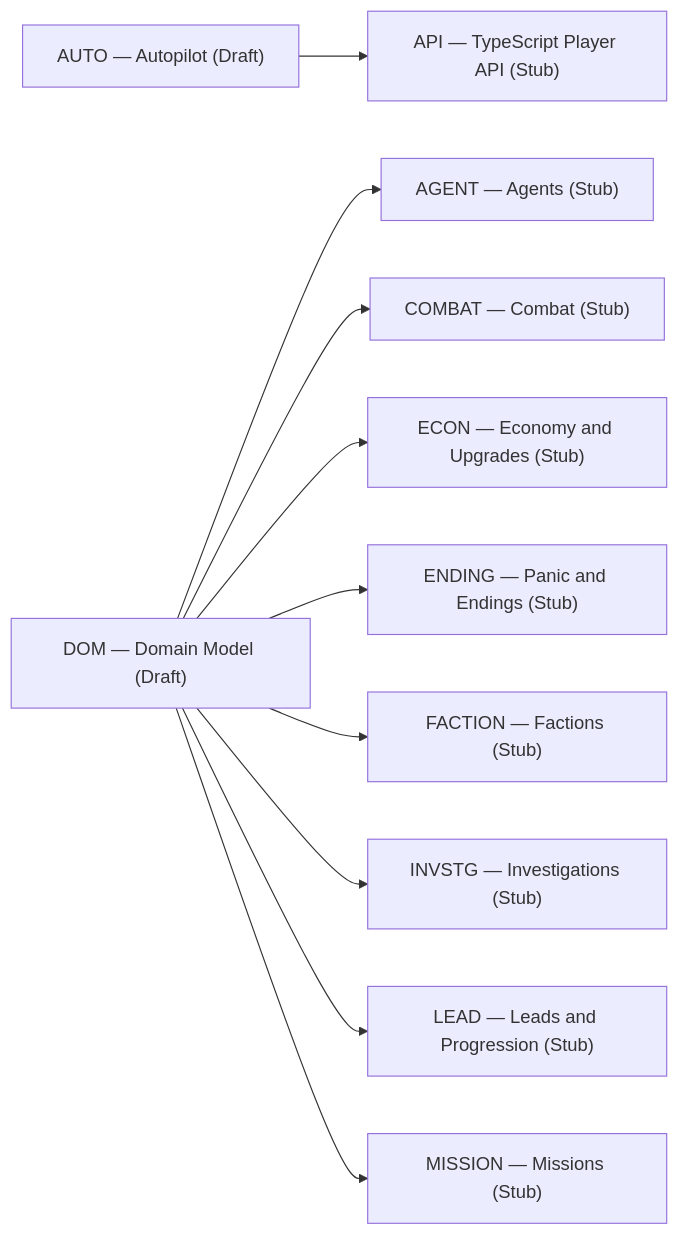
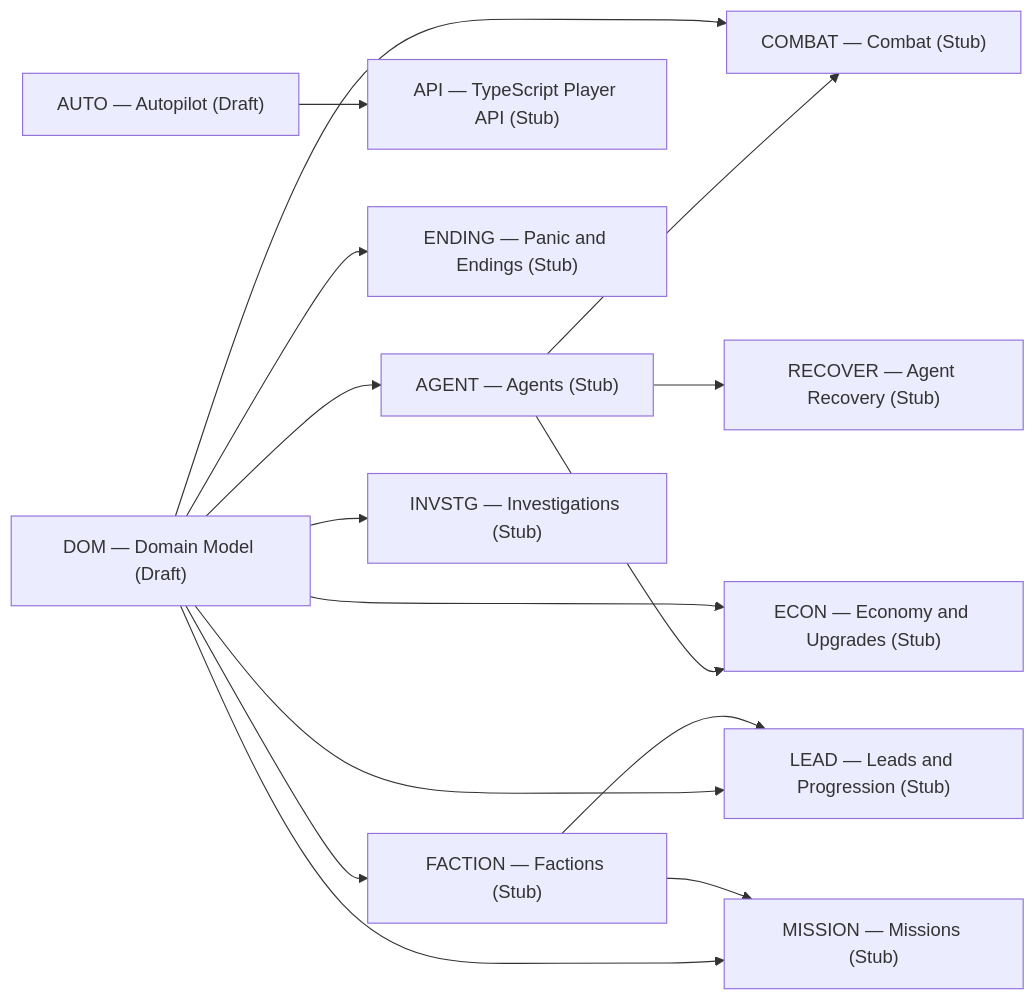
The first of 2 diagrams in docs/derived/relationships/refines.md (konrad-jamrozik/game-v5), drawn with Mermaid before and after one commit. The commit also changed 21 other files, not shown here.

````diff
--- a/docs/derived/relationships/refines.md
+++ b/docs/derived/relationships/refines.md
@@ -13,23 +13,29 @@
 ```mermaid
 flowchart LR
   AGENT["AGENT — Agents (Stub)"]
   API["API — TypeScript Player API (Stub)"]
   AUTO["AUTO — Autopilot (Draft)"]
   COMBAT["COMBAT — Combat (Stub)"]
   DOM["DOM — Domain Model (Draft)"]
   ECON["ECON — Economy and Upgrades (Stub)"]
   ENDING["ENDING — Panic and Endings (Stub)"]
   FACTION["FACTION — Factions (Stub)"]
   INVSTG["INVSTG — Investigations (Stub)"]
   LEAD["LEAD — Leads and Progression (Stub)"]
   MISSION["MISSION — Missions (Stub)"]
+  RECOVER["RECOVER — Agent Recovery (Stub)"]
+  AGENT --> COMBAT
+  AGENT --> ECON
+  AGENT --> RECOVER
   AUTO --> API
   DOM --> AGENT
   DOM --> COMBAT
   DOM --> ECON
   DOM --> ENDING
   DOM --> FACTION
   DOM --> INVSTG
   DOM --> LEAD
   DOM --> MISSION
+  FACTION --> LEAD
+  FACTION --> MISSION
 ```
````
